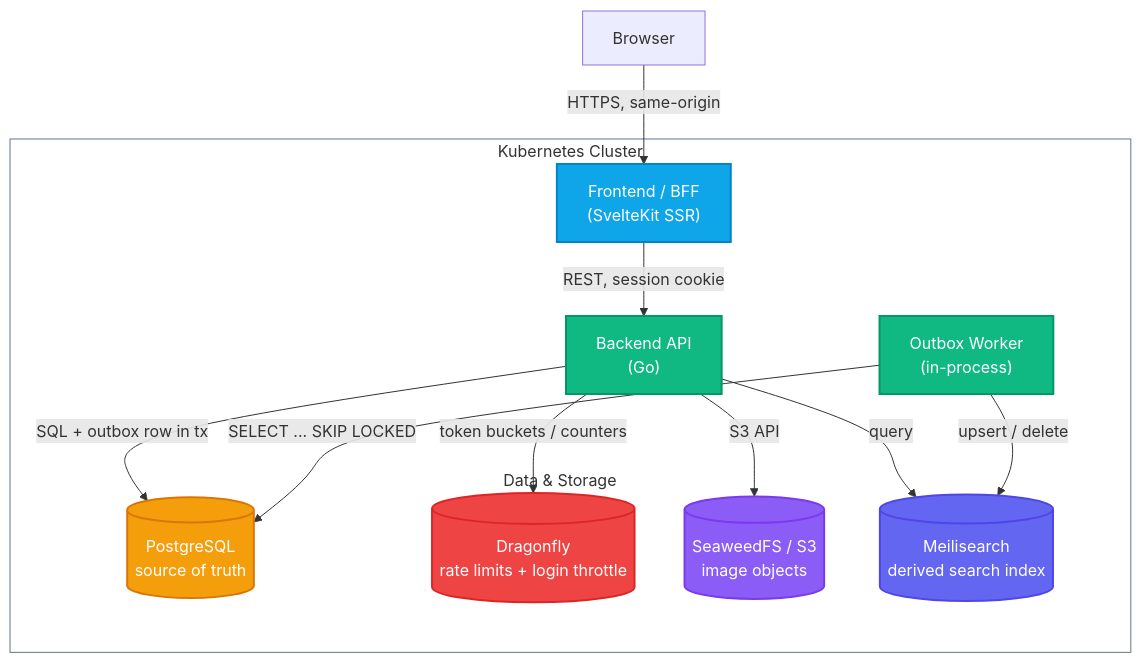
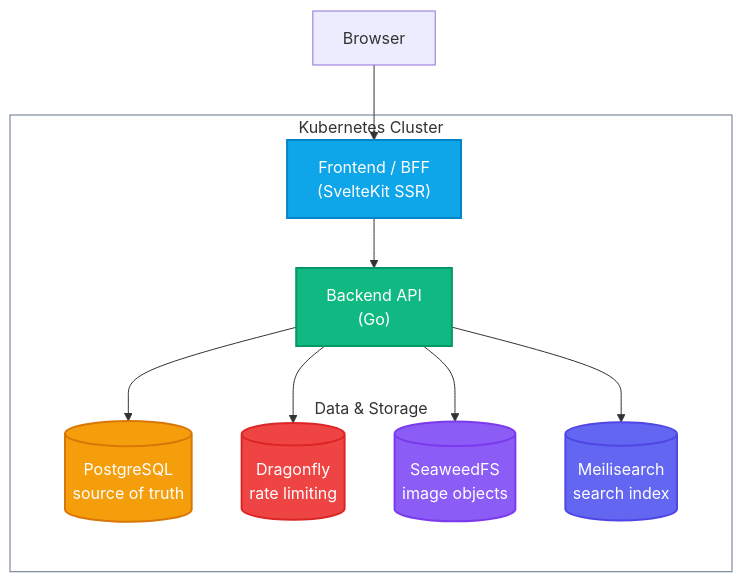
One commit to robbdimitrov/pixelgram changed the diagram in README.md. Above: the diagram before and after it, drawn with Mermaid. The commit also changed 8 other files, not shown here.

````diff
--- a/README.md
+++ b/README.md
@@ -21,36 +21,33 @@
 ```mermaid
 graph TD
     Browser["Browser"]
 
     subgraph cluster ["Kubernetes Cluster"]
         Web["Frontend / BFF<br>(SvelteKit SSR)"]:::frontend
         API["Backend API<br>(Go)"]:::backend
-        Worker["Outbox Worker<br>(in-process)"]:::backend
 
         subgraph data ["Data & Storage"]
             DB[("PostgreSQL<br>source of truth")]:::database
-            Cache[("Dragonfly<br>rate limits + login throttle")]:::cache
-            Blob[("SeaweedFS / S3<br>image objects")]:::storage
-            Search[("Meilisearch<br>derived search index")]:::search
+            Cache[("Dragonfly<br>rate limiting")]:::cache
+            Blob[("SeaweedFS<br>image objects")]:::storage
+            Search[("Meilisearch<br>search index")]:::search
         end
     end
 
-    Browser -->|HTTPS, same-origin| Web
-    Web -->|REST, session cookie| API
-    API -->|SQL + outbox row in tx| DB
-    API -->|token buckets / counters| Cache
-    API -->|S3 API| Blob
-    API -->|query| Search
-    Worker -->|SELECT ... SKIP LOCKED| DB
-    Worker -->|upsert / delete| Search
+    Browser --> Web
+    Web --> API
+    API --> DB
+    API --> Cache
+    API --> Blob
+    API --> Search
 
     classDef frontend fill:#0ea5e9,stroke:#0284c7,stroke-width:2px,color:#fff
     classDef backend fill:#10b981,stroke:#059669,stroke-width:2px,color:#fff
     classDef database fill:#f59e0b,stroke:#d97706,stroke-width:2px,color:#fff
     classDef storage fill:#8b5cf6,stroke:#7c3aed,stroke-width:2px,color:#fff
     classDef cache fill:#ef4444,stroke:#dc2626,stroke-width:2px,color:#fff
     classDef search fill:#6366f1,stroke:#4f46e5,stroke-width:2px,color:#fff
 
     style cluster fill:transparent,stroke:#64748b
     style data fill:transparent,stroke:transparent
 ```
````
